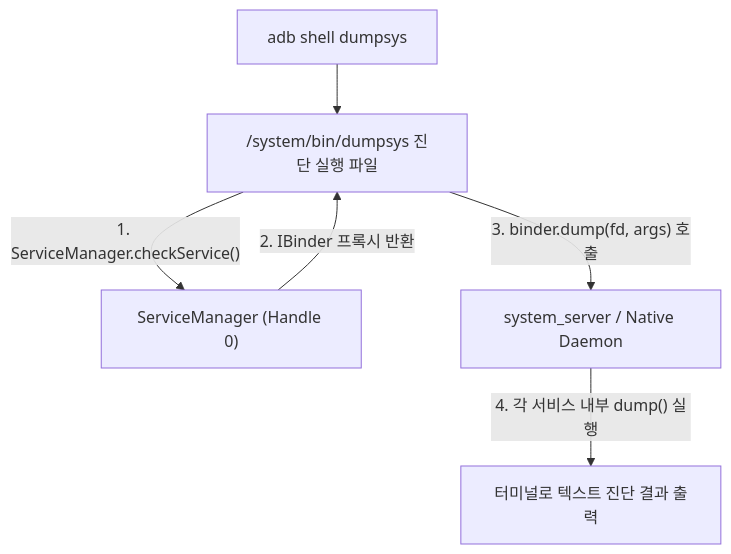
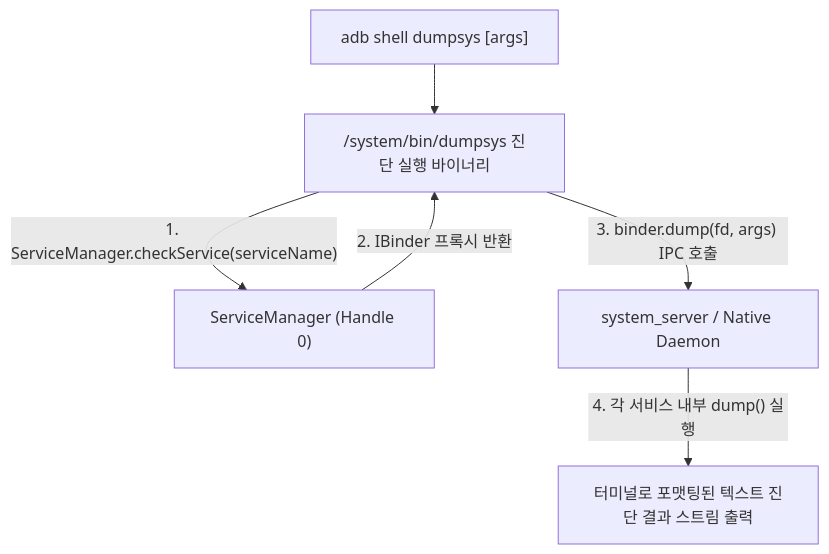
Before and after one commit to youngmin-gwon/what-i-studied: the diagram in 01_inbox/mobile/android/06_testing_performance/debugging/dumpsys.md, drawn with Mermaid. The commit also changed other lines of this file and 83 other files, not shown here.

````diff
--- a/01_inbox/mobile/android/06_testing_performance/debugging/dumpsys.md
+++ b/01_inbox/mobile/android/06_testing_performance/debugging/dumpsys.md
@@ -24,8 +28,8 @@
 ```mermaid
 graph TD
-    UserCmd["adb shell dumpsys <service>"] --> DumpsysBin["/system/bin/dumpsys 진단 실행 파일"]
-    DumpsysBin -->|"1. ServiceManager.checkService()"| ServiceManager["ServiceManager (Handle 0)"]
+    UserCmd["adb shell dumpsys <service> [args]"] --> DumpsysBin["/system/bin/dumpsys 진단 실행 바이너리"]
+    DumpsysBin -->|"1. ServiceManager.checkService(serviceName)"| ServiceManager["ServiceManager (Handle 0)"]
     ServiceManager -->|"2. IBinder 프록시 반환"| DumpsysBin
-    DumpsysBin -->|"3. binder.dump(fd, args) 호출"| SystemServer["system_server / Native Daemon"]
-    SystemServer -->|"4. 각 서비스 내부 dump() 실행"| ResultText["터미널로 텍스트 진단 결과 출력"]
+    DumpsysBin -->|"3. binder.dump(fd, args) IPC 호출"| SystemServer["system_server / Native Daemon"]
+    SystemServer -->|"4. 각 서비스 내부 dump() 실행"| ResultText["터미널로 포맷팅된 텍스트 진단 결과 스트림 출력"]
 ```
````
